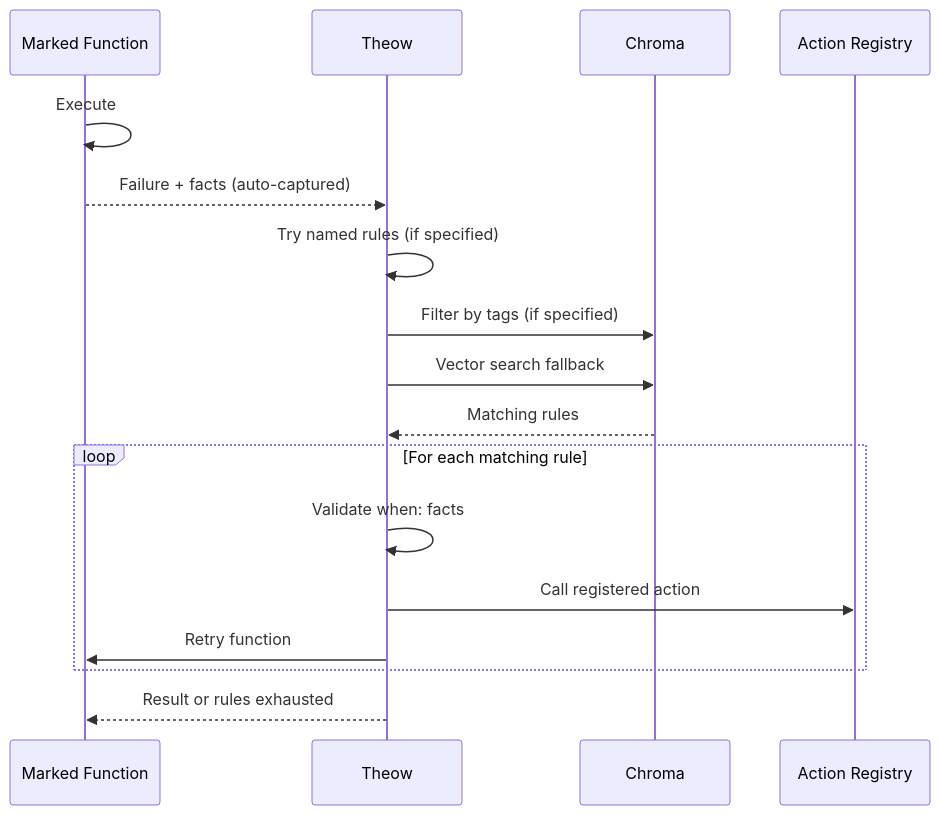
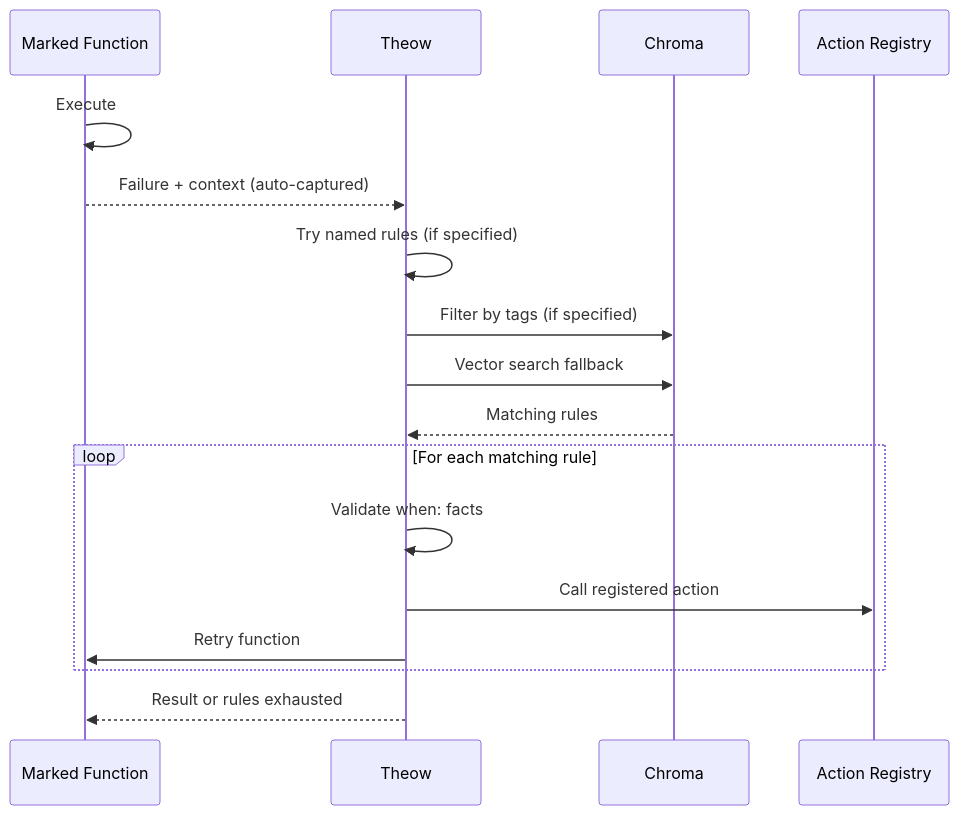
Before and after one commit to adhityaravi/theow: the second of 7 diagrams in spec/pilot.md, drawn with Mermaid. The commit also changed other lines of this file and 1 other file, not shown here.

````diff
--- a/spec/pilot.md
+++ b/spec/pilot.md
@@ -187,23 +186,23 @@
 ```mermaid
 sequenceDiagram
     participant F as Marked Function
     participant T as Theow
     participant C as Chroma
     participant A as Action Registry
     
     F->>F: Execute
-    F-->>T: Failure + facts (auto-captured)
+    F-->>T: Failure + context (auto-captured)
     
     T->>T: Try named rules (if specified)
     T->>C: Filter by tags (if specified)
     T->>C: Vector search fallback
     C-->>T: Matching rules
     
     loop For each matching rule
         T->>T: Validate when: facts
         T->>A: Call registered action
         T->>F: Retry function
     end
     
     T-->>F: Result or rules exhausted
 ```
````
